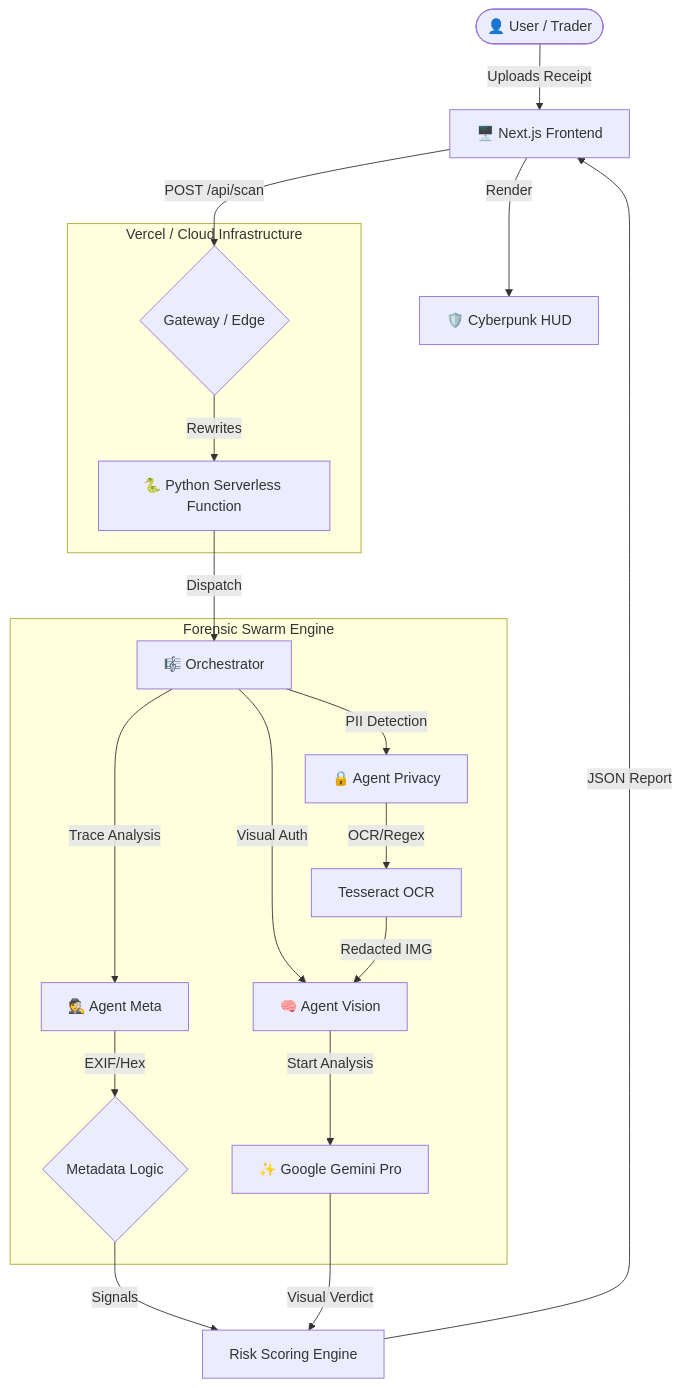
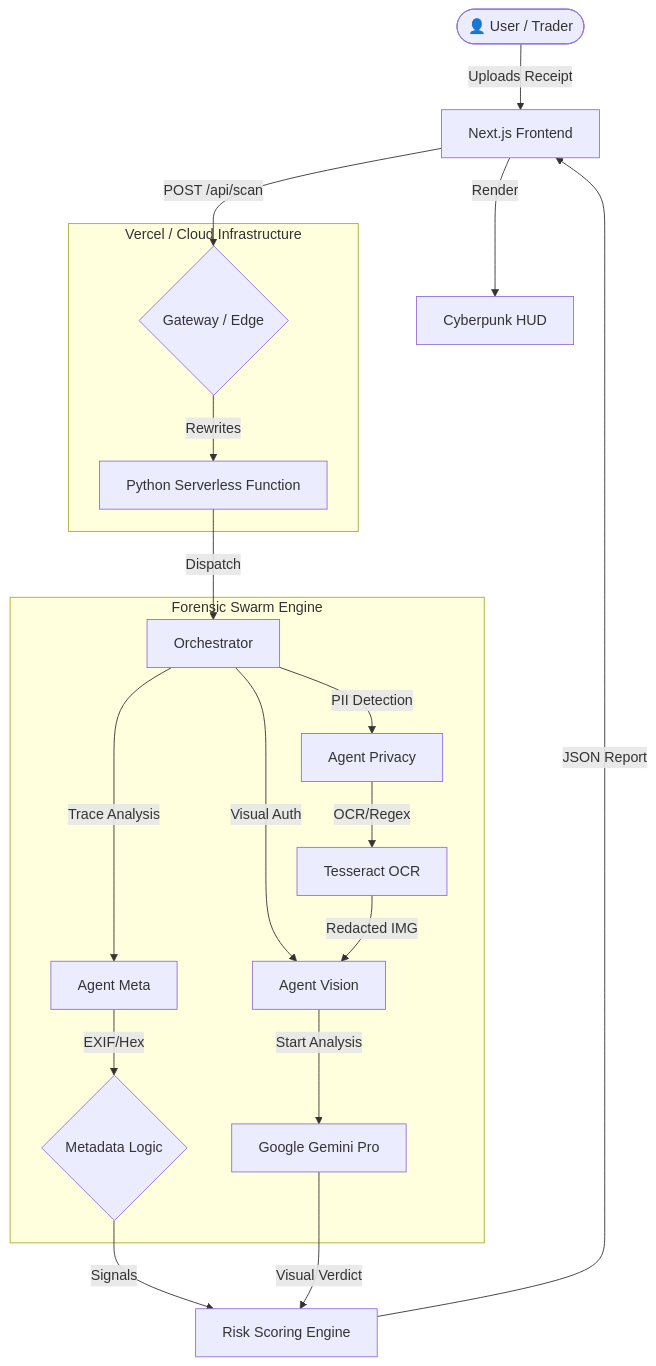
The diagram in README.md (awaisstack/hackderiv), drawn with Mermaid before and after one commit. The commit also changed other lines of this file, not shown here.

````diff
--- a/README.md
+++ b/README.md
@@ -16,27 +14,27 @@
 ```mermaid
 graph TD
-    User([👤 User / Trader]) -->|Uploads Receipt| UI[🖥️ Next.js Frontend]
+    User([👤 User / Trader]) -->|Uploads Receipt| UI[Next.js Frontend]
     UI -->|POST /api/scan| API{Gateway / Edge}
     
     subgraph "Vercel / Cloud Infrastructure"
-        API -->|Rewrites| PyServer[🐍 Python Serverless Function]
+        API -->|Rewrites| PyServer[Python Serverless Function]
     end
 
     subgraph "Forensic Swarm Engine"
-        PyServer -->|Dispatch| Orch[🎼 Orchestrator]
-        Orch -->|Trace Analysis| Meta[🕵️ Agent Meta]
-        Orch -->|PII Detection| Priv[🔒 Agent Privacy]
-        Orch -->|Visual Auth| Vision[🧠 Agent Vision]
+        PyServer -->|Dispatch| Orch[Orchestrator]
+        Orch -->|Trace Analysis| Meta[Agent Meta]
+        Orch -->|PII Detection| Priv[Agent Privacy]
+        Orch -->|Visual Auth| Vision[Agent Vision]
         
         Meta -->|EXIF/Hex| ValidMeta{Metadata Logic}
         Priv -->|OCR/Regex| Tesseract[Tesseract OCR]
-        Vision -->|Start Analysis| Gemini[✨ Google Gemini Pro]
+        Vision -->|Start Analysis| Gemini[Google Gemini Pro]
     end
 
     ValidMeta -->|Signals| Aggregator[Risk Scoring Engine]
     Tesseract -->|Redacted IMG| Vision
     Gemini -->|Visual Verdict| Aggregator
     
     Aggregator -->|JSON Report| UI
-    UI -->|Render| HUD[🛡️ Cyberpunk HUD]
+    UI -->|Render| HUD[Cyberpunk HUD]
 ```
````
